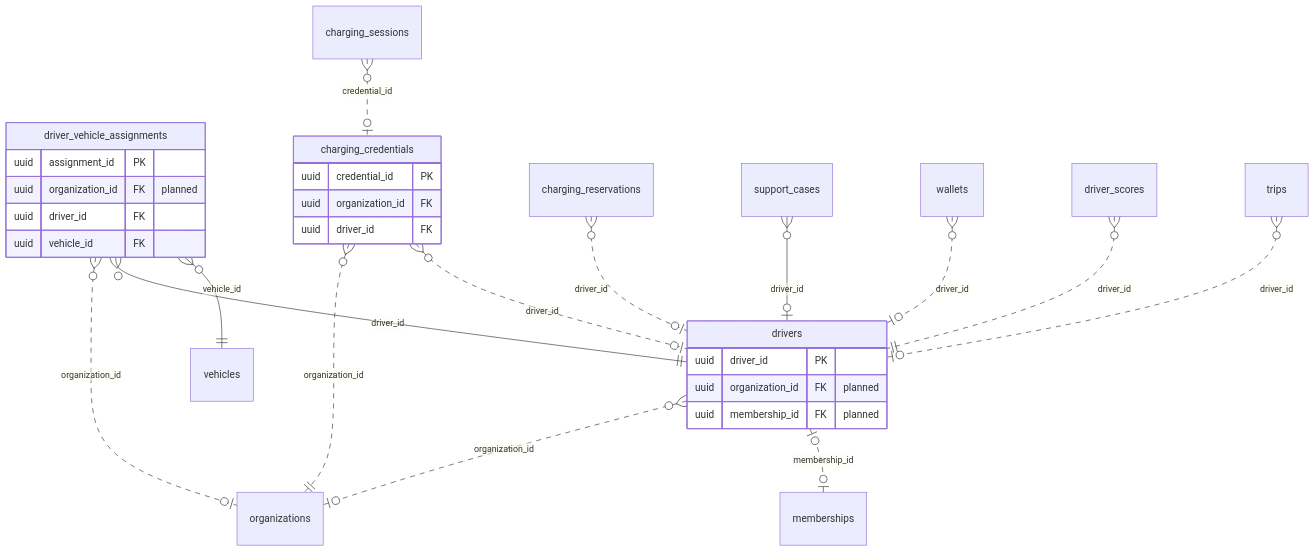
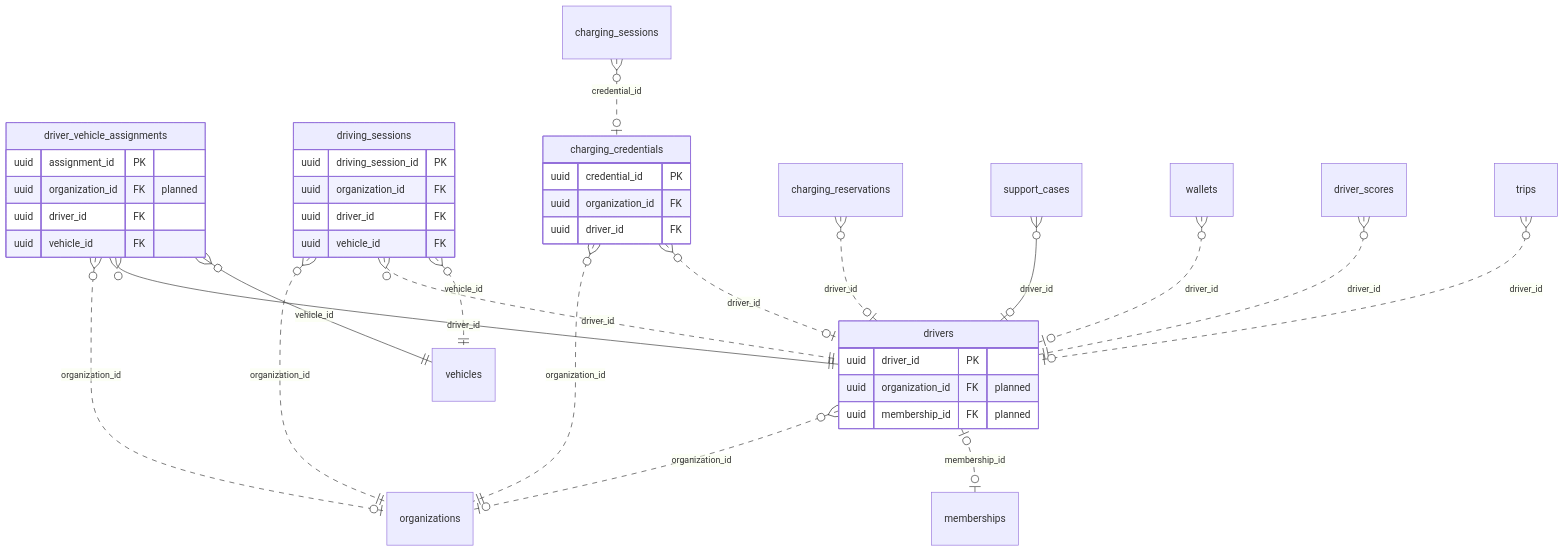
Before and after one commit to yolo-coccoc/G3Network-app: the diagram in docs/design/domain-model/domains/drivers.md, drawn with Mermaid. The commit also changed other lines of this file and 21 other files, not shown here.

````diff
--- a/docs/design/domain-model/domains/drivers.md
+++ b/docs/design/domain-model/domains/drivers.md
@@ -17,32 +17,41 @@
 ```mermaid
 erDiagram
   drivers {
     uuid driver_id PK
     uuid organization_id FK "planned"
     uuid membership_id FK "planned"
   }
   driver_vehicle_assignments {
     uuid assignment_id PK
     uuid organization_id FK "planned"
     uuid driver_id FK
     uuid vehicle_id FK
   }
+  driving_sessions {
+    uuid driving_session_id PK
+    uuid organization_id FK
+    uuid driver_id FK
+    uuid vehicle_id FK
+  }
   charging_credentials {
     uuid credential_id PK
     uuid organization_id FK
     uuid driver_id FK
   }
   drivers }o..o| organizations : "organization_id"
   drivers |o..o| memberships : "membership_id"
   driver_vehicle_assignments }o..o| organizations : "organization_id"
   driver_vehicle_assignments }o--|| drivers : "driver_id"
   driver_vehicle_assignments }o--|| vehicles : "vehicle_id"
+  driving_sessions }o..|| organizations : "organization_id"
+  driving_sessions }o..|| drivers : "driver_id"
+  driving_sessions }o..|| vehicles : "vehicle_id"
   charging_credentials }o..|| organizations : "organization_id"
   charging_credentials }o..o| drivers : "driver_id"
   charging_reservations }o..o| drivers : "driver_id"
   charging_sessions }o..o| charging_credentials : "credential_id"
   support_cases }o--o| drivers : "driver_id"
   wallets }o..o| drivers : "driver_id"
   driver_scores }o..|| drivers : "driver_id"
   trips }o..o| drivers : "driver_id"
 ```
````
